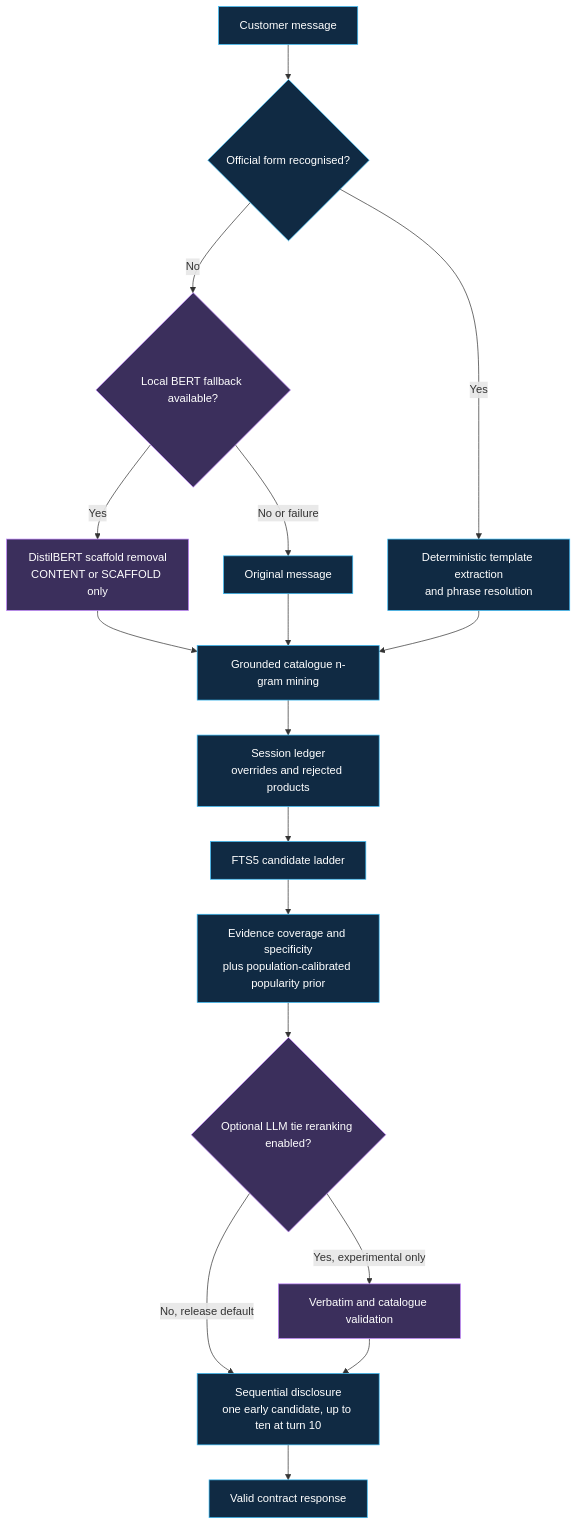
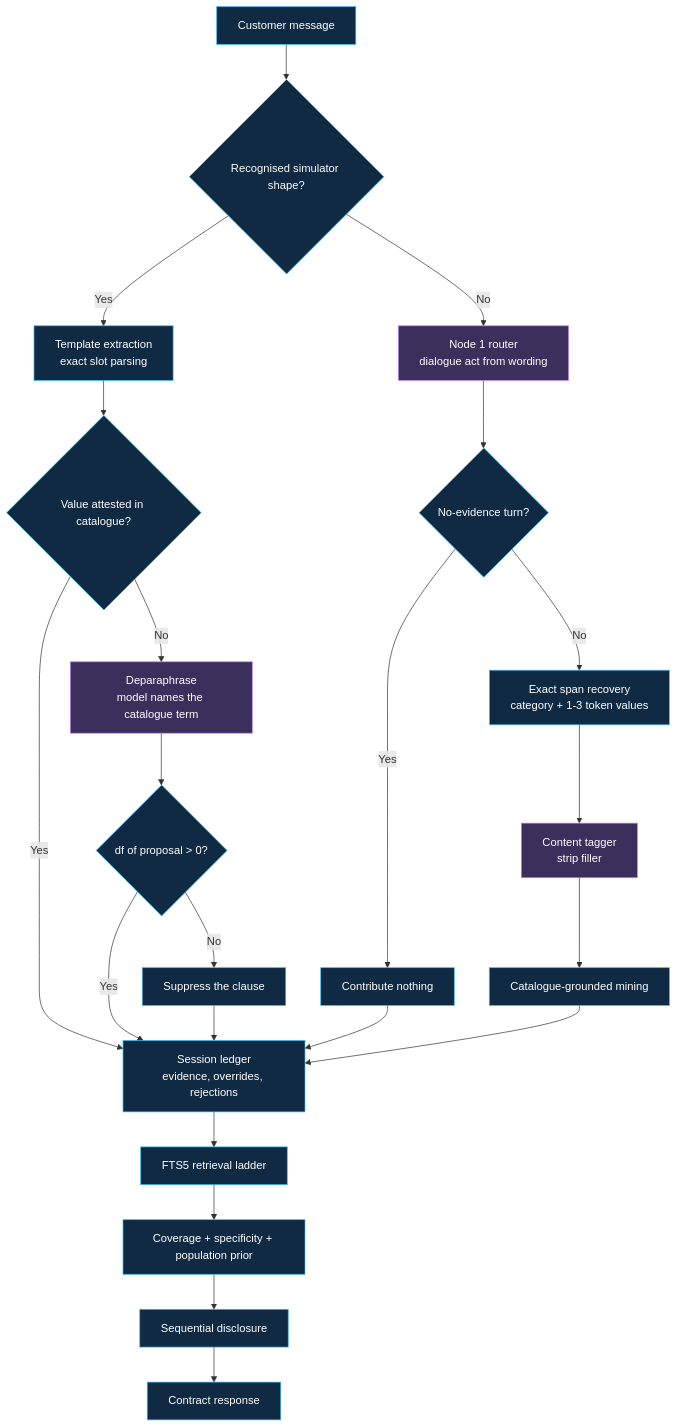
Before and after one commit to DanielNg0729/L-GPT: the diagram in README.md, drawn with Mermaid. The commit also changed other lines of this file, not shown here.

````diff
--- a/README.md
+++ b/README.md
@@ -44,23 +78,28 @@
 ```mermaid
 flowchart TD
-    M[Customer message] --> R{Official form recognised?}
-    R -->|Yes| T[Deterministic template extraction<br/>and phrase resolution]
-    R -->|No| B{Local BERT fallback available?}
-    B -->|Yes| BT[DistilBERT scaffold removal<br/>CONTENT or SCAFFOLD only]
-    B -->|No or failure| O[Original message]
-    BT --> G[Grounded catalogue n-gram mining]
-    O --> G
-    T --> G
-    G --> L[Session ledger<br/>overrides and rejected products]
-    L --> F[FTS5 candidate ladder]
-    F --> S[Evidence coverage and specificity<br/>plus population-calibrated popularity prior]
-    S --> X{Optional LLM tie reranking enabled?}
-    X -->|No, release default| D[Sequential disclosure<br/>one early candidate, up to ten at turn 10]
-    X -->|Yes, experimental only| V[Verbatim and catalogue validation]
-    V --> D
-    D --> C[Valid contract response]
+    M[Customer message] --> R{Recognised simulator shape?}
+    R -->|Yes| T[Template extraction<br/>exact slot parsing]
+    R -->|No| N1[Node 1 router<br/>dialogue act from wording]
+    N1 --> NE{No-evidence turn?}
+    NE -->|Yes| STOP[Contribute nothing]
+    NE -->|No| SP[Exact span recovery<br/>category + 1-3 token values]
+    SP --> TG[Content tagger<br/>strip filler]
+    TG --> MI[Catalogue-grounded mining]
+    T --> RES{Value attested in catalogue?}
+    RES -->|Yes| L
+    RES -->|No| DP[Deparaphrase<br/>model names the catalogue term]
+    DP --> PV{df of proposal > 0?}
+    PV -->|Yes| L
+    PV -->|No| SUP[Suppress the clause]
+    MI --> L[Session ledger<br/>evidence, overrides, rejections]
+    SUP --> L
+    STOP --> L
+    L --> F[FTS5 retrieval ladder]
+    F --> S[Coverage + specificity + population prior]
+    S --> D[Sequential disclosure]
+    D --> C[Contract response]
 
     classDef default fill:#102a43,stroke:#38bdf8,color:#ffffff
-    classDef optional fill:#3b2f5c,stroke:#c084fc,color:#ffffff
-    class BT,B,X,V optional
+    classDef learned fill:#3b2f5c,stroke:#c084fc,color:#ffffff
+    class N1,TG,DP learned
 ```
````
